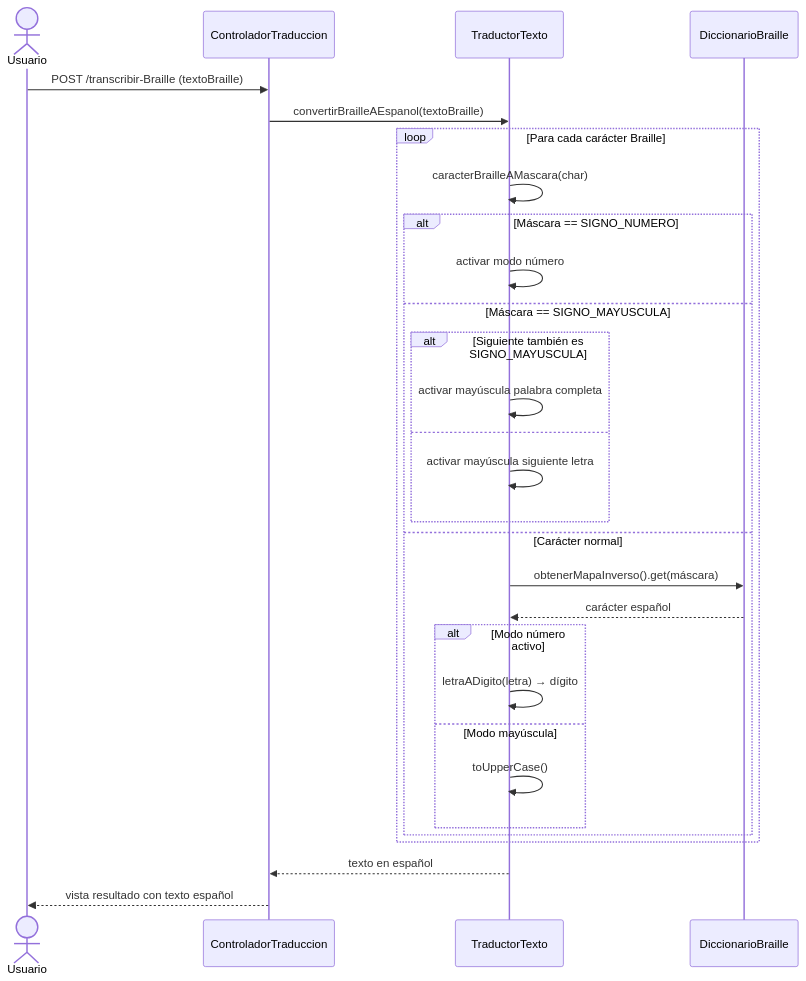
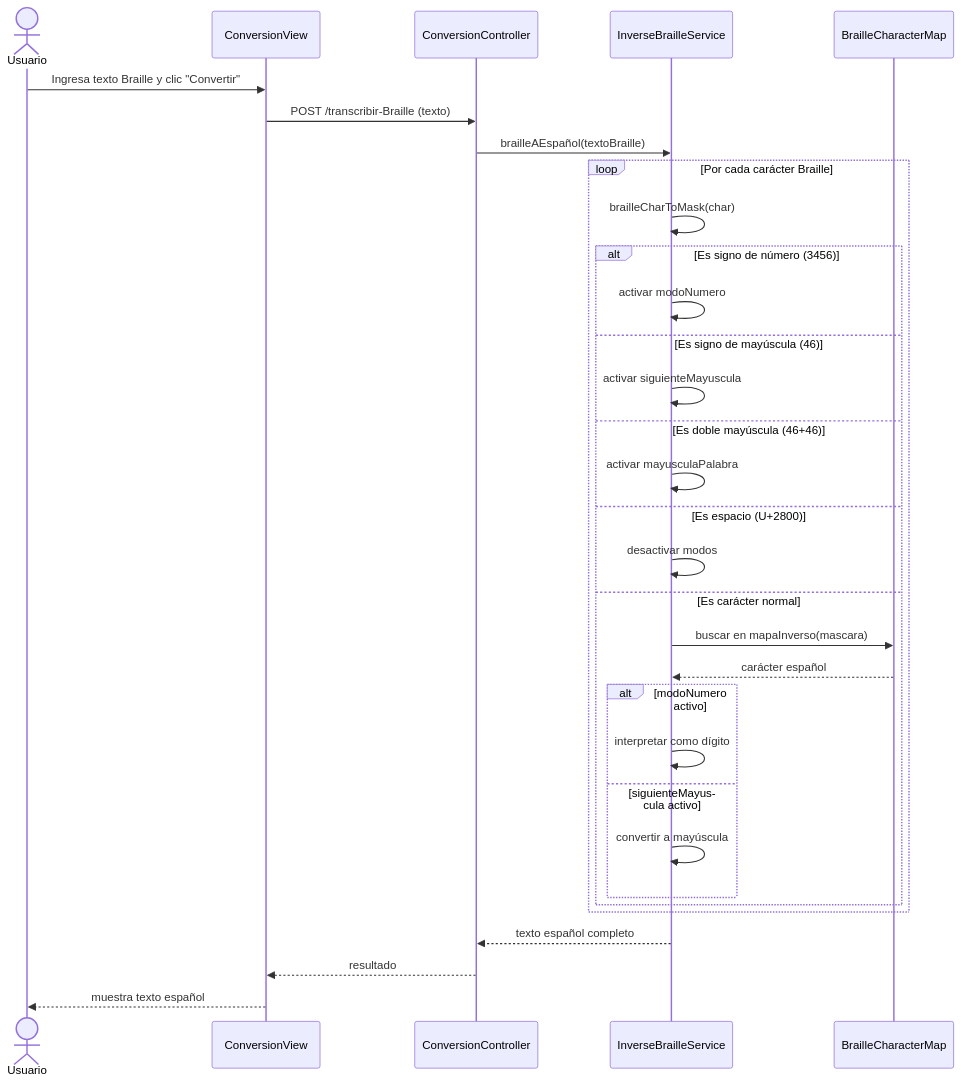
The third of 3 diagrams in docs/design/diagrama-de-clases.md (MRGonorrea79/Proyecto-Agile), drawn with Mermaid before and after one commit. The commit also changed other lines of this file, not shown here.

First line of the commit message:
Update diagrama-de-clases.md

````diff
--- a/docs/design/diagrama-de-clases.md
+++ b/docs/design/diagrama-de-clases.md
@@ -164,35 +237,37 @@
 ```mermaid
 sequenceDiagram
     actor U as Usuario
-    participant C as ControladorTraduccion
-    participant T as TraductorTexto
-    participant D as DiccionarioBraille
+    participant V as ConversionView
+    participant C as ConversionController
+    participant I as InverseBrailleService
+    participant M as BrailleCharacterMap
 
-    U->>C: POST /transcribir-Braille (textoBraille)
-    C->>T: convertirBrailleAEspanol(textoBraille)
-
-    loop Para cada carácter Braille
-        T->>T: caracterBrailleAMascara(char)
-
-        alt Máscara == SIGNO_NUMERO
-            T->>T: activar modo número
-        else Máscara == SIGNO_MAYUSCULA
-            alt Siguiente también es SIGNO_MAYUSCULA
-                T->>T: activar mayúscula palabra completa
-            else
-                T->>T: activar mayúscula siguiente letra
-            end
-        else Carácter normal
-            T->>D: obtenerMapaInverso().get(máscara)
-            D-->>T: carácter español
-            alt Modo número activo
-                T->>T: letraADigito(letra) → dígito
-            else Modo mayúscula
-                T->>T: toUpperCase()
+    U->>V: Ingresa texto Braille y clic "Convertir"
+    V->>C: POST /transcribir-Braille (texto)
+    C->>I: brailleAEspañol(textoBraille)
+    
+    loop Por cada carácter Braille
+        I->>I: brailleCharToMask(char)
+        alt Es signo de número (3456)
+            I->>I: activar modoNumero
+        else Es signo de mayúscula (46)
+            I->>I: activar siguienteMayuscula
+        else Es doble mayúscula (46+46)
+            I->>I: activar mayusculaPalabra
+        else Es espacio (U+2800)
+            I->>I: desactivar modos
+        else Es carácter normal
+            I->>M: buscar en mapaInverso(mascara)
+            M-->>I: carácter español
+            alt modoNumero activo
+                I->>I: interpretar como dígito
+            else siguienteMayuscula activo
+                I->>I: convertir a mayúscula
             end
         end
     end
-
-    T-->>C: texto en español
-    C-->>U: vista resultado con texto español
+    
+    I-->>C: texto español completo
+    C-->>V: resultado
+    V-->>U: muestra texto español
 ```
````
